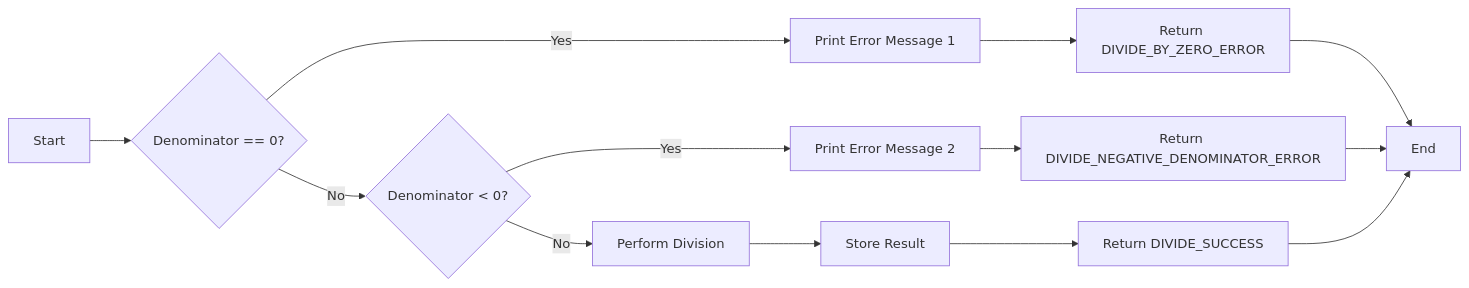
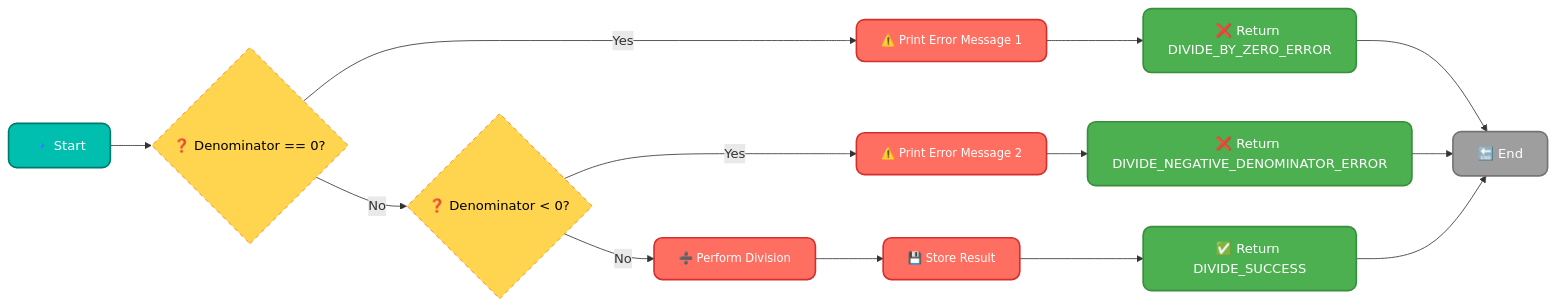
Before and after one commit to infoyouth/infoyouth.github.io: the fifth of 5 diagrams in _posts/2024-12-26-15.-c-error-handling.md, drawn with Mermaid. The commit also changed other lines of this file, not shown here.

````diff
--- a/_posts/2024-12-26-15.-c-error-handling.md
+++ b/_posts/2024-12-26-15.-c-error-handling.md
@@ -752,15 +816,34 @@
 ```mermaid
 graph LR
-    A[Start] --> B{Denominator == 0?};
-    B -- Yes --> C[Print Error Message 1];
-    C --> D[Return DIVIDE_BY_ZERO_ERROR];
-    B -- No --> E{Denominator < 0?};
-    E -- Yes --> F[Print Error Message 2];
-    F --> G[Return DIVIDE_NEGATIVE_DENOMINATOR_ERROR];
-    E -- No --> H[Perform Division];
-    H --> I[Store Result];
-    I --> J[Return DIVIDE_SUCCESS];
-    D --> K[End];
-    G --> K;
-    J --> K;
+    A[🔹 Start] --> B{❓ Denominator == 0?}
+    B -- Yes --> C[⚠️ Print Error Message 1]
+    C --> D[❌ Return DIVIDE_BY_ZERO_ERROR]
+    B -- No --> E{❓ Denominator < 0?}
+    E -- Yes --> F[⚠️ Print Error Message 2]
+    F --> G[❌ Return DIVIDE_NEGATIVE_DENOMINATOR_ERROR]
+    E -- No --> H[➗ Perform Division]
+    H --> I[💾 Store Result]
+    I --> J[✅ Return DIVIDE_SUCCESS]
+    D --> K[🔚 End]
+    G --> K
+    J --> K
+
+    class A startNode
+    class B decisionNode
+    class C processNode
+    class D returnNode
+    class E decisionNode
+    class F processNode
+    class G returnNode
+    class H processNode
+    class I processNode
+    class J returnNode
+    class K endNode
+
+    classDef startNode fill:#00BFAE,stroke:#00796B,color:#FFFFFF,font-size:16px,stroke-width:2px,rx:10px;
+    classDef decisionNode fill:#FFD54F,stroke:#F57F17,color:#000000,font-size:16px,stroke-dasharray: 5,5;
+    classDef processNode fill:#FF6F61,stroke:#D32F2F,color:#FFFFFF,font-size:14px,stroke-width:2px,rx:10px;
+    classDef returnNode fill:#4CAF50,stroke:#388E3C,color:#FFFFFF,font-size:16px,stroke-width:2px,rx:10px;
+    classDef endNode fill:#9E9E9E,stroke:#757575,color:#FFFFFF,font-size:16px,stroke-width:2px,rx:10px;
+
 ```
````
